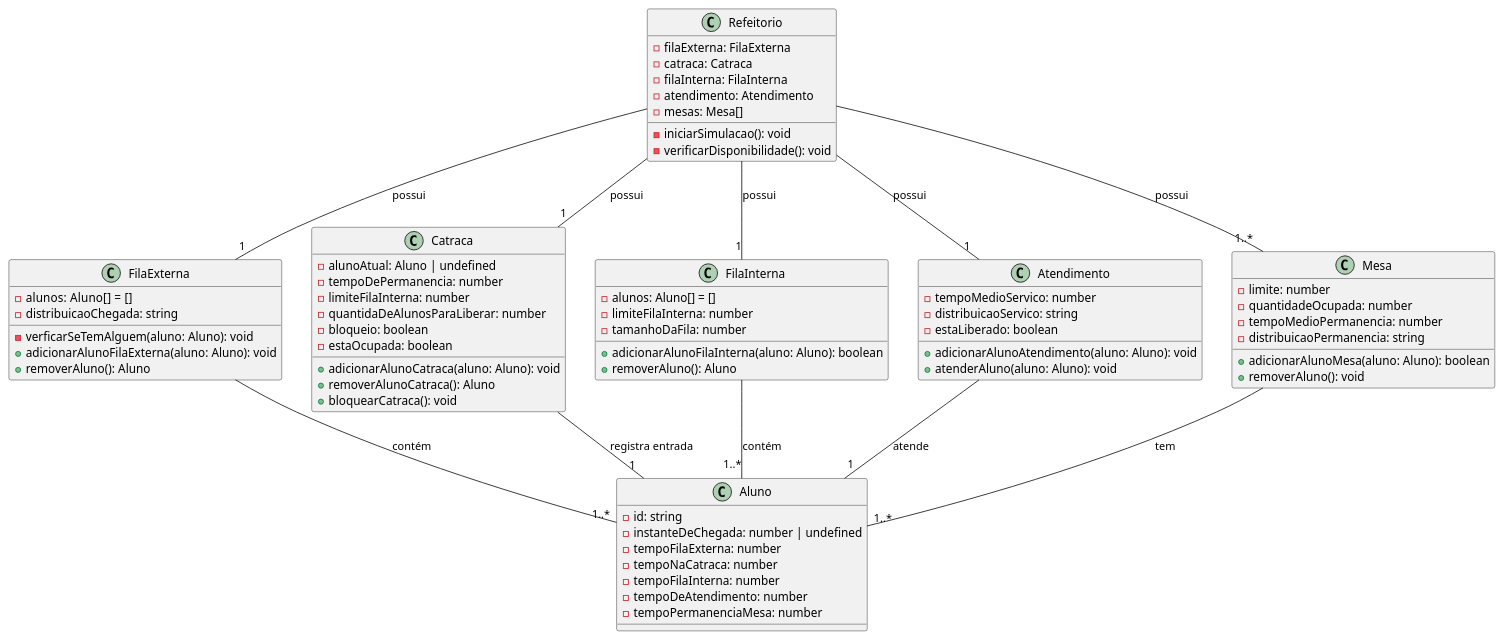
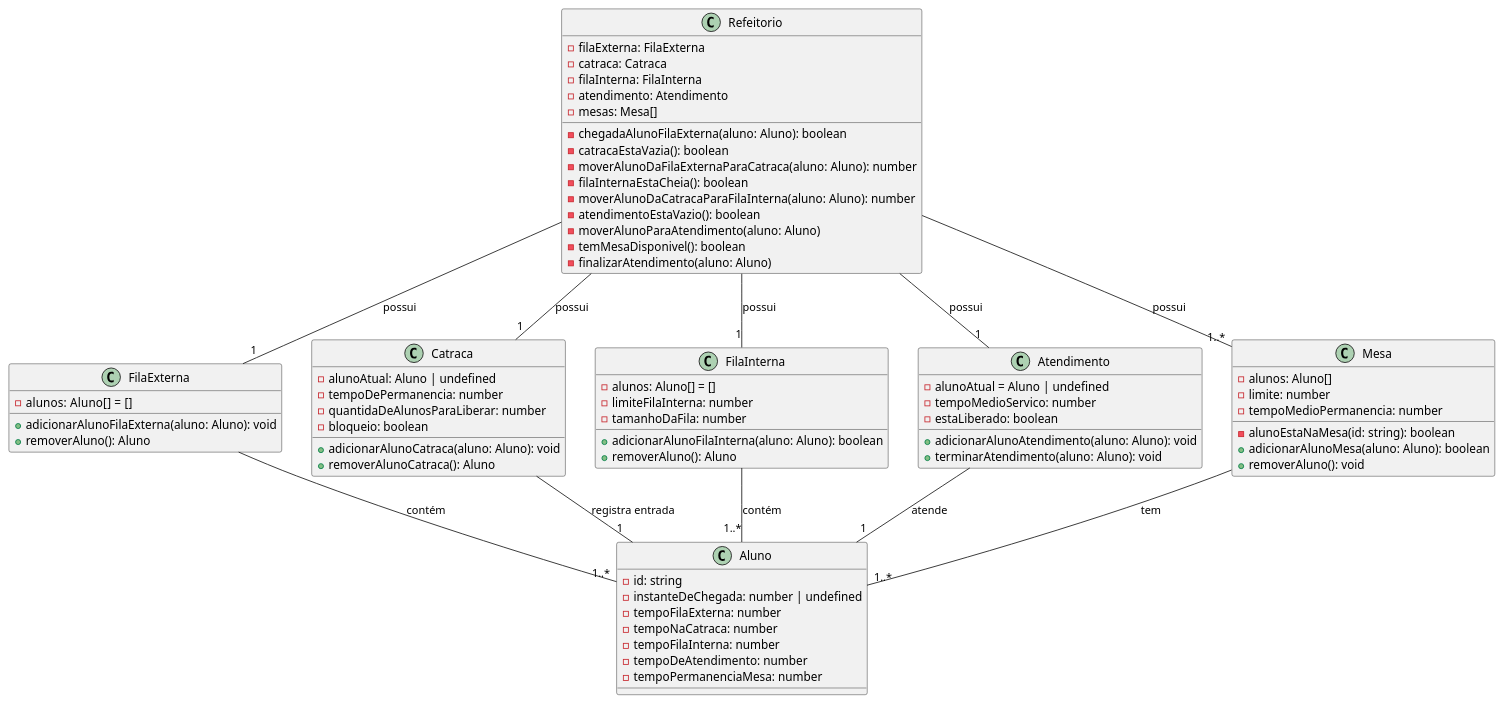
One commit to j-nilton/sfr-template changed the diagram in design/system.plantuml. Above: the diagram before and after it, drawn with PlantUML. The commit also changed 7 other files, not shown here.

```diff
--- a/design/system.plantuml
+++ b/design/system.plantuml
@@ -1,77 +1,81 @@
 @startuml Sistema 
 class Aluno {
     -id: string
     -instanteDeChegada: number | undefined
     -tempoFilaExterna: number
     -tempoNaCatraca: number
     -tempoFilaInterna: number
     -tempoDeAtendimento: number
     -tempoPermanenciaMesa: number
 }
 
 class FilaExterna {
     -alunos: Aluno[]  = []
-    -distribuicaoChegada: string
-    -verficarSeTemAlguem(aluno: Aluno): void
     +adicionarAlunoFilaExterna(aluno: Aluno): void
     +removerAluno(): Aluno
 }
 
 class Catraca {
     -alunoAtual: Aluno | undefined
     -tempoDePermanencia: number
-    -limiteFilaInterna: number
     -quantidaDeAlunosParaLiberar: number
     -bloqueio: boolean
-    -estaOcupada: boolean
     +adicionarAlunoCatraca(aluno: Aluno): void
     +removerAlunoCatraca(): Aluno
-    +bloquearCatraca(): void 
 }
 
 class FilaInterna {
     -alunos: Aluno[] = []
     -limiteFilaInterna: number
     -tamanhoDaFila: number
     +adicionarAlunoFilaInterna(aluno: Aluno): boolean
     +removerAluno(): Aluno
 }
 
 class Atendimento {
+    -alunoAtual = Aluno | undefined
     -tempoMedioServico: number
-    -distribuicaoServico: string
     -estaLiberado: boolean
     +adicionarAlunoAtendimento(aluno: Aluno): void
-    +atenderAluno(aluno: Aluno): void
+    +terminarAtendimento(aluno: Aluno): void
 }
 
 class Mesa {
+    -alunos: Aluno[]
     -limite: number
-    -quantidadeOcupada: number
     -tempoMedioPermanencia: number
-    -distribuicaoPermanencia: string
+    -alunoEstaNaMesa(id: string): boolean
     +adicionarAlunoMesa(aluno: Aluno): boolean
     +removerAluno(): void
 }
 
 class Refeitorio {
     -filaExterna: FilaExterna
     -catraca: Catraca
     -filaInterna: FilaInterna
     -atendimento: Atendimento
     -mesas: Mesa[]
-    -iniciarSimulacao(): void
-    -verificarDisponibilidade(): void
+    -chegadaAlunoFilaExterna(aluno: Aluno): boolean
+    -catracaEstaVazia(): boolean
+    -moverAlunoDaFilaExternaParaCatraca(aluno: Aluno): number
+    -filaInternaEstaCheia(): boolean
+    -moverAlunoDaCatracaParaFilaInterna(aluno: Aluno): number
+    -atendimentoEstaVazio(): boolean
+    -moverAlunoParaAtendimento(aluno: Aluno)
+    -temMesaDisponivel(): boolean
+    -finalizarAtendimento(aluno: Aluno)
+    
+
 }
 
 FilaExterna -- "1..*" Aluno : "contém"
 FilaInterna -- "1..*" Aluno : "contém"
 Catraca -- "1" Aluno : "registra entrada"
 Atendimento -- "1" Aluno: "atende"
 Mesa -- "1..*" Aluno : "tem"
 Refeitorio -- "1" FilaExterna : "possui"
 Refeitorio -- "1" Catraca : "possui"
 Refeitorio -- "1" FilaInterna : "possui"
 Refeitorio -- "1" Atendimento : "possui"
 Refeitorio -- "1..*" Mesa : "possui"
 @enduml
```
